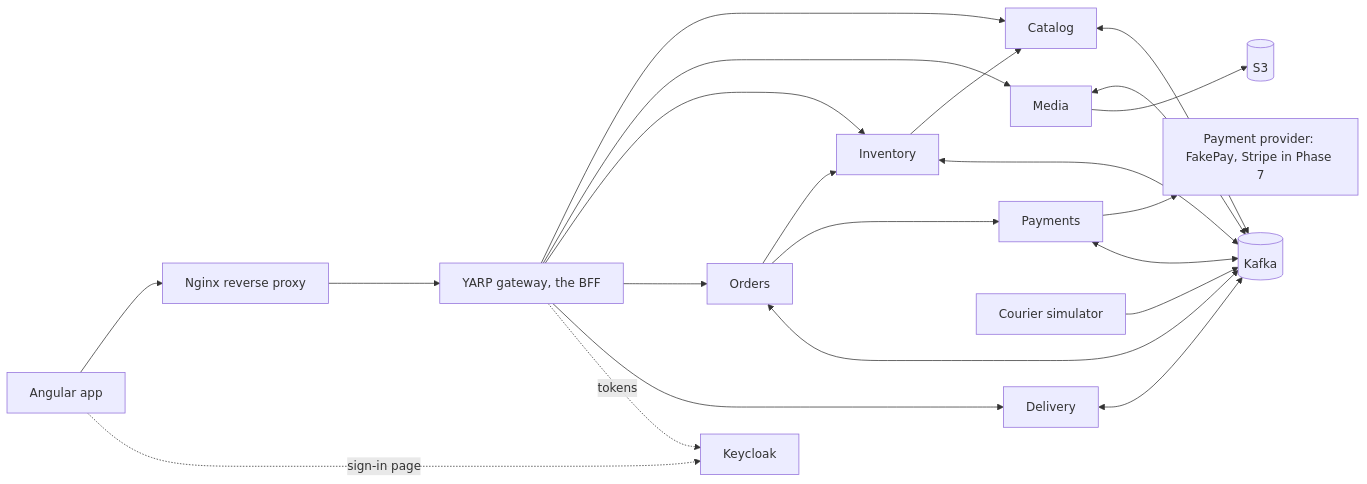
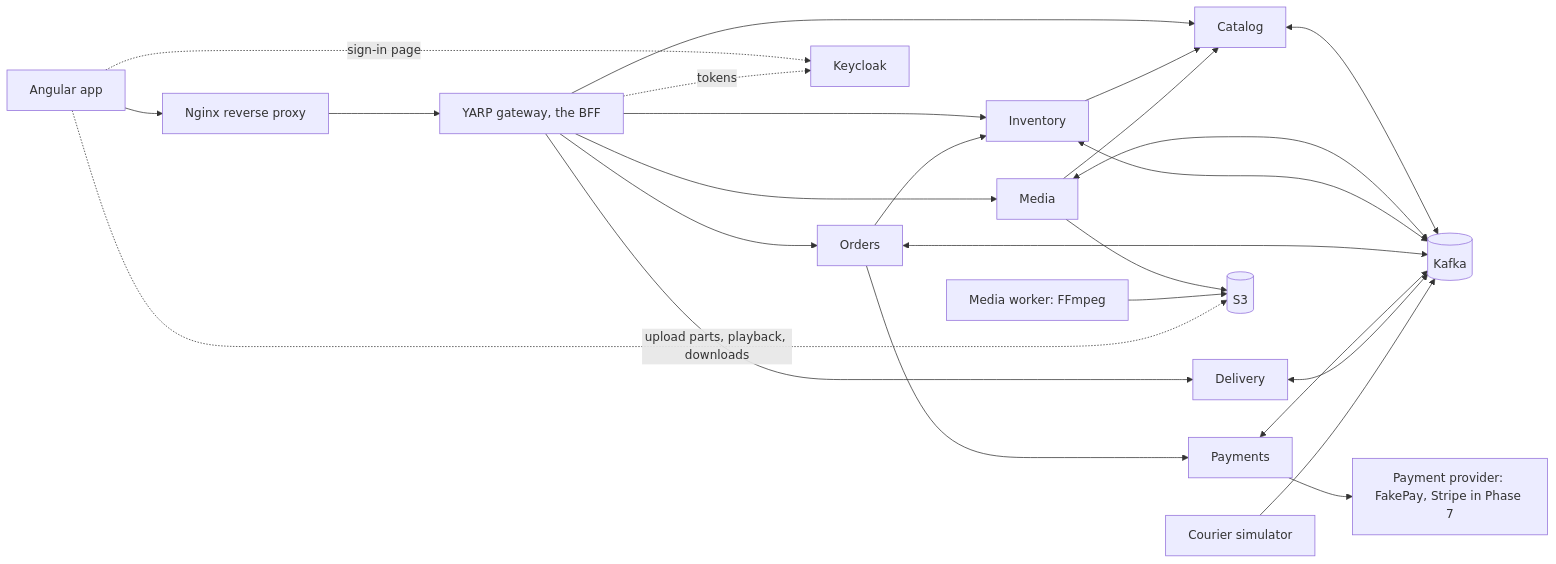
Before and after one commit to infinitywalletwar/newstore: the diagram in README.md, drawn with Mermaid. The commit also changed other lines of this file and 3 other files, not shown here.

````diff
--- a/README.md
+++ b/README.md
@@ -133,14 +134,16 @@
 ```mermaid
 flowchart LR
     Browser[Angular app] --> Nginx[Nginx reverse proxy]
     Nginx --> Gateway[YARP gateway, the BFF]
     Gateway --> Catalog & Media & Inventory & Orders & Delivery
     Orders --> Inventory & Payments
     Inventory --> Catalog
+    Media --> Catalog
     Payments --> Provider[Payment provider: FakePay, Stripe in Phase 7]
     Browser -. sign-in page .-> Keycloak
     Gateway -. tokens .-> Keycloak
     Catalog & Media & Inventory & Orders & Payments & Delivery <--> Kafka[(Kafka)]
     Courier[Courier simulator] --> Kafka
-    Media --> S3[(S3)]
+    Media & Worker[Media worker: FFmpeg] --> S3[(S3)]
+    Browser -. upload parts, playback, downloads .-> S3
 ```
````
